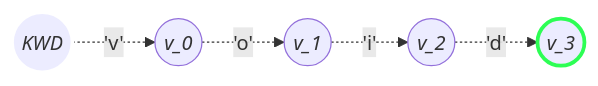
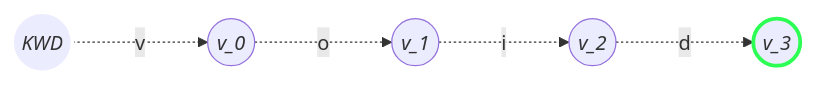
The third of 5 diagrams in README.md (felix-rojas/dfa_java), drawn with Mermaid before and after one commit. The commit also changed other lines of this file, not shown here.

Commit message:
mermaid js fix text

````diff
--- a/README.md
+++ b/README.md
@@ -143,18 +143,18 @@
 ```mermaid
 %%{init: {"flowchart": {"curve": "cardinal"}, {"htmlLabels": false}}}%%
 
 graph LR
     K(("`*KWD*`"))
     V0(("`*v_0*`"))
     V1(("`*v_1*`"))
     V2(("`*v_2*`"))
     V3(("`*v_3*`"))
     
-    K-.'v'.-> V0
-    V0-.'o'.->V1
-    V1-.'i'.->V2
-    V2-.'d'.->V3
+    K-..->|v|V0
+    V0-..->|o|V1
+    V1-..->|i|V2
+    V2-..->|d|V3
     
     style K fill:#f9fff,stroke:#ffff,stroke-width:3px
     style V3 fill:#f9fff,stroke:#2DFE54,stroke-width:3px
 ```
````
